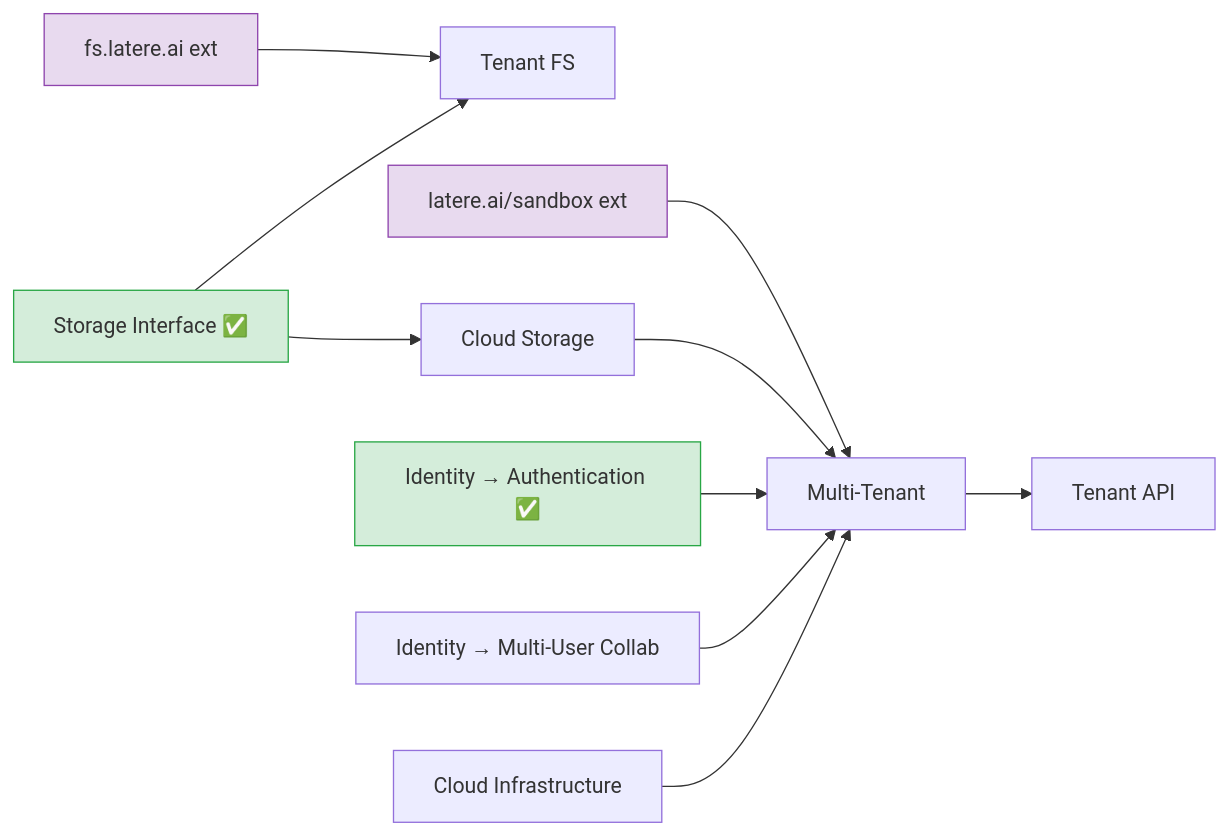
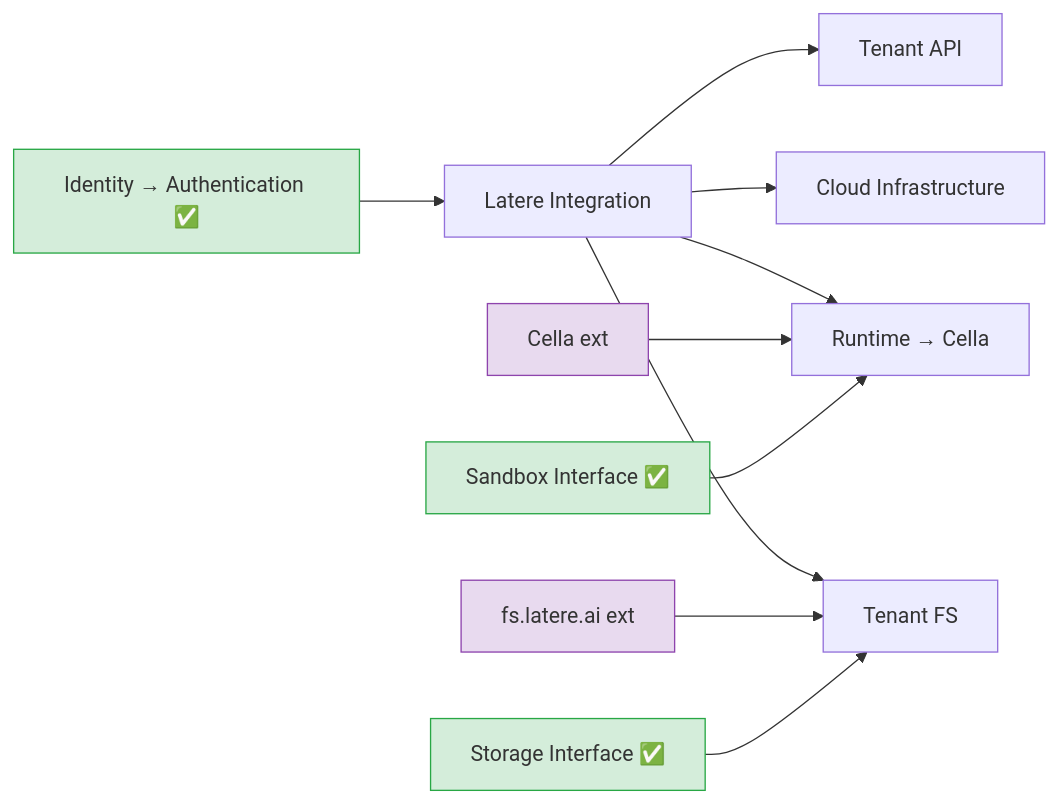
Before and after one commit to changkun/wallfacer: the second of 7 diagrams in specs/README.md, drawn with Mermaid. The commit also changed other lines of this file and 5 other files, not shown here.

First line of the commit message:
specs: align cloud track with Latere platform boundary

````diff
--- a/specs/README.md
+++ b/specs/README.md
@@ -137,17 +138,18 @@
 ```mermaid
 graph LR
-  FS[fs.latere.ai ext] --> TFS[Tenant FS]
-  SBX[latere.ai/sandbox ext] --> MT[Multi-Tenant]
+  AUTH[Identity → Authentication ✅] --> LI[Latere Integration]
+  LI --> CR[Runtime → Cella]
+  LI --> TFS[Tenant FS]
+  LI --> CI[Cloud Infrastructure]
+  LI --> TA[Tenant API]
+  SBX[Cella ext] --> CR
+  FS[fs.latere.ai ext] --> TFS
+  SBI[Sandbox Interface ✅] --> CR
   STI[Storage Interface ✅] --> TFS
-  STI --> CS[Cloud Storage]
-  CS --> MT
-  AUTH[Identity → Authentication ✅] --> MT
-  MUC[Identity → Multi-User Collab] --> MT
-  CI[Cloud Infrastructure] --> MT
-  MT --> TA[Tenant API]
 
+  style AUTH fill:#d4edda,stroke:#28a745
+  style SBI fill:#d4edda,stroke:#28a745
   style STI fill:#d4edda,stroke:#28a745
-  style AUTH fill:#d4edda,stroke:#28a745
   style FS fill:#e8daef,stroke:#8e44ad
   style SBX fill:#e8daef,stroke:#8e44ad
 ```
````
